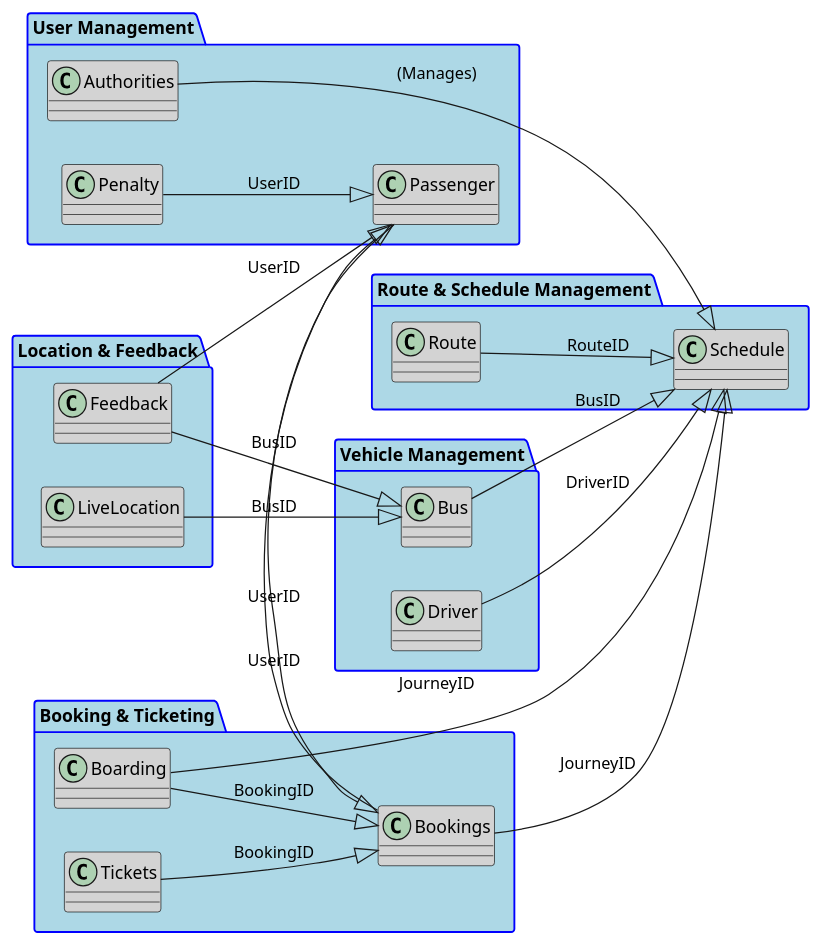
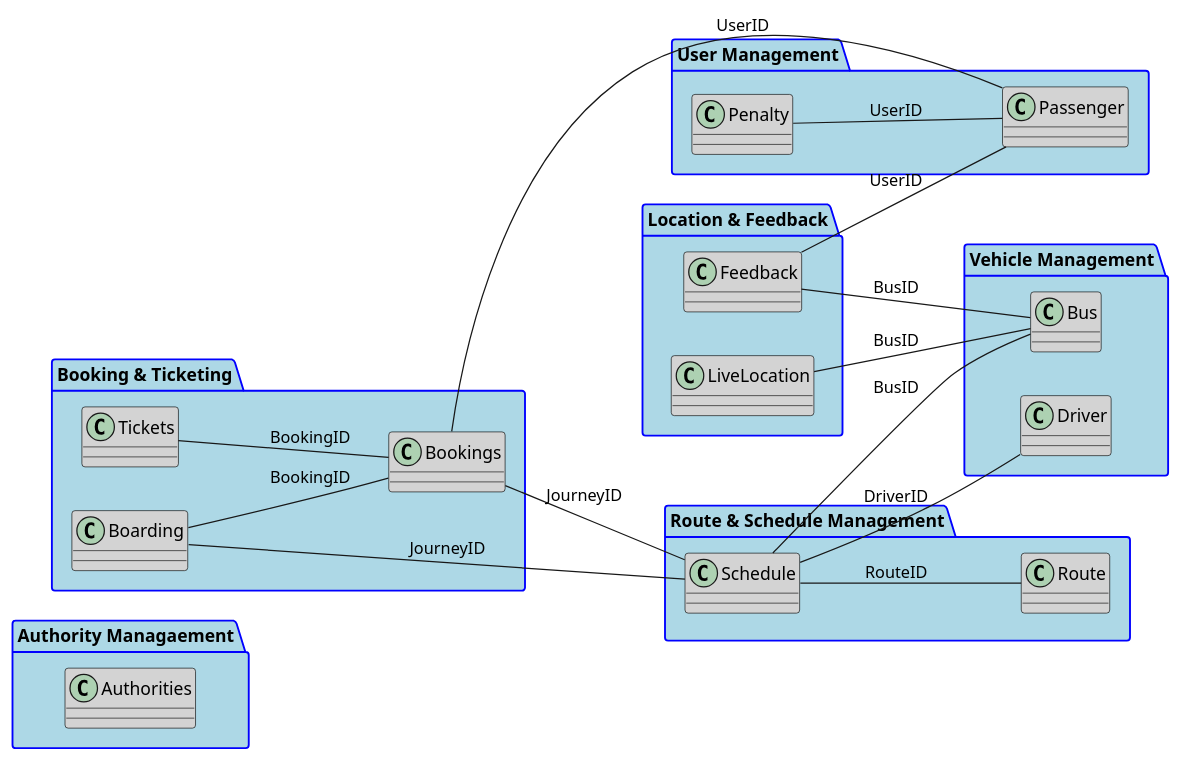
Before and after one commit to pranav-joshi-iitgn/ShuttleGo: the diagram in UMLDiagrams/A2/package.puml, drawn with PlantUML.

```diff
--- a/UMLDiagrams/A2/package.puml
+++ b/UMLDiagrams/A2/package.puml
@@ -1,63 +1,66 @@
 @startuml
 left to right direction
 
 skinparam package {
   BackgroundColor LightBlue
   BorderColor Blue
   FontColor Black
 }
 
 skinparam class {
   BackgroundColor LightGray
   BorderColor Black
   FontColor Black
 }
 
+package "Authority Managaement" {
+  class Authorities
+}
+
+
 package "User Management" {
   class Passenger
-  class Authorities
   class Penalty
 }
 
 package "Vehicle Management" {
   class Bus
   class Driver
 }
 
 package "Route & Schedule Management" {
   class Route
   class Schedule
 }
 
 package "Booking & Ticketing" {
   class Bookings
   class Tickets
   class Boarding
 }
 
 package "Location & Feedback" {
   class LiveLocation
   class Feedback
 }
 
-Passenger --|> Bookings : UserID
-Authorities --|> Schedule : (Manages)
-Penalty --|> Passenger : UserID
+Schedule -- Bus : BusID
+Schedule -- Driver : DriverID
+Schedule -- Route : RouteID
 
-Bus --|> Schedule : BusID
-Driver --|> Schedule : DriverID
+Bookings -- Schedule : JourneyID
+Bookings -- Passenger : UserID
 
-Route --|> Schedule : RouteID
+Boarding -- Bookings : BookingID
+Boarding -- Schedule : JourneyID
 
-Bookings --|> Passenger : UserID
-Bookings --|> Schedule : JourneyID
-Tickets --|> Bookings : BookingID
-Boarding --|> Bookings : BookingID
-Boarding --|> Schedule : JourneyID
+LiveLocation -- Bus : BusID
 
-LiveLocation --|> Bus : BusID
+Penalty -- Passenger : UserID
 
-Feedback --|> Passenger : UserID
-Feedback --|> Bus : BusID
+Feedback -- Passenger : UserID
+Feedback -- Bus : BusID
+
+Tickets -- Bookings : BookingID
 
 @enduml
```
